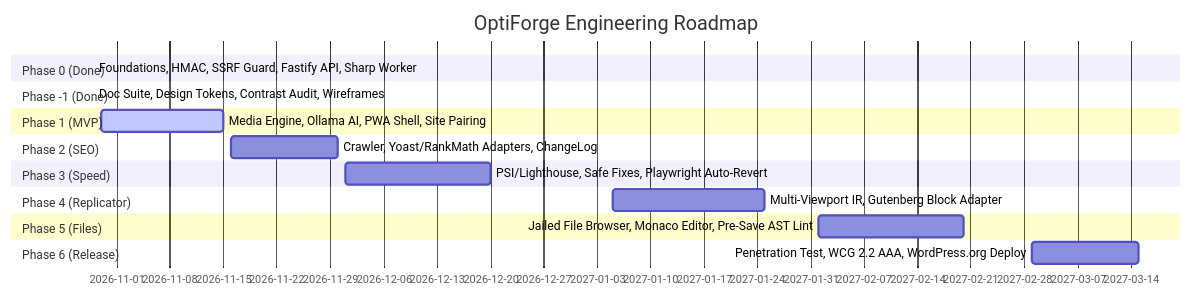
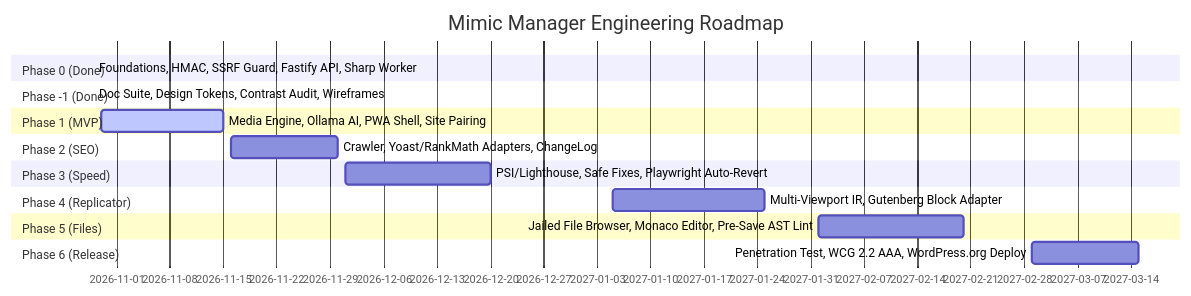
One commit to GeniousSonu/Mimic-Manager changed the diagram in docs/product/ROADMAP.md. Above: the diagram before and after it, drawn with Mermaid. The commit also changed other lines of this file and 139 other files, not shown here.

````diff
--- a/docs/product/ROADMAP.md
+++ b/docs/product/ROADMAP.md
@@ -13,21 +13,21 @@
 ```mermaid
 gantt
-    title OptiForge Engineering Roadmap
+    title Mimic Manager Engineering Roadmap
     dateFormat  YYYY-MM-DD
     section Phase 0 (Done)
     Foundations, HMAC, SSRF Guard, Fastify API, Sharp Worker :done, p0, 2026-10-29, 2026-10-29
     section Phase -1 (Done)
     Doc Suite, Design Tokens, Contrast Audit, Wireframes :done, pm1, 2026-10-29, 2026-10-29
     section Phase 1 (MVP)
     Media Engine, Ollama AI, PWA Shell, Site Pairing :active, p1, 2026-10-30, 2026-11-15
     section Phase 2 (SEO)
     Crawler, Yoast/RankMath Adapters, ChangeLog :p2, 2026-11-16, 2026-11-30
     section Phase 3 (Speed)
     PSI/Lighthouse, Safe Fixes, Playwright Auto-Revert :p3, 2026-12-01, 2026-12-20
     section Phase 4 (Replicator)
     Multi-Viewport IR, Gutenberg Block Adapter :p4, 2027-01-05, 2027-01-25
     section Phase 5 (Files)
     Jailed File Browser, Monaco Editor, Pre-Save AST Lint :p5, 2027-02-01, 2027-02-20
     section Phase 6 (Release)
     Penetration Test, WCG 2.2 AAA, WordPress.org Deploy :p6, 2027-03-01, 2027-03-15
 ```
````
